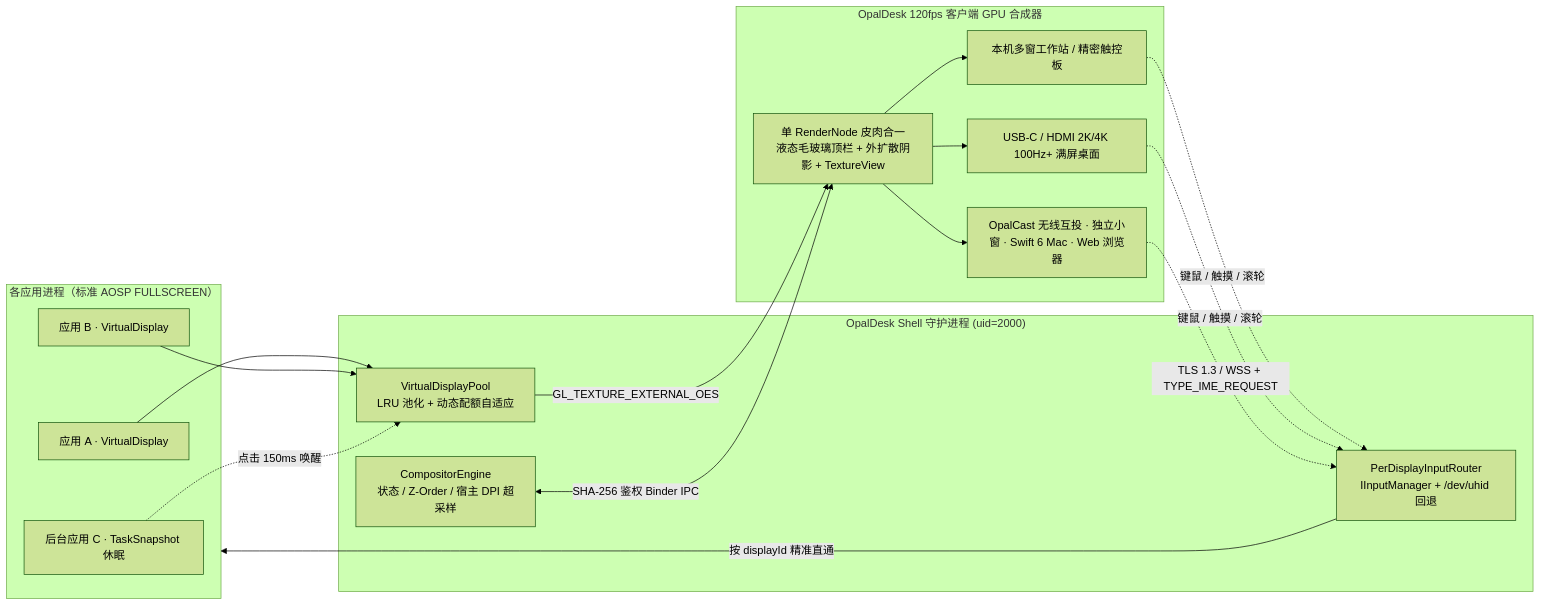
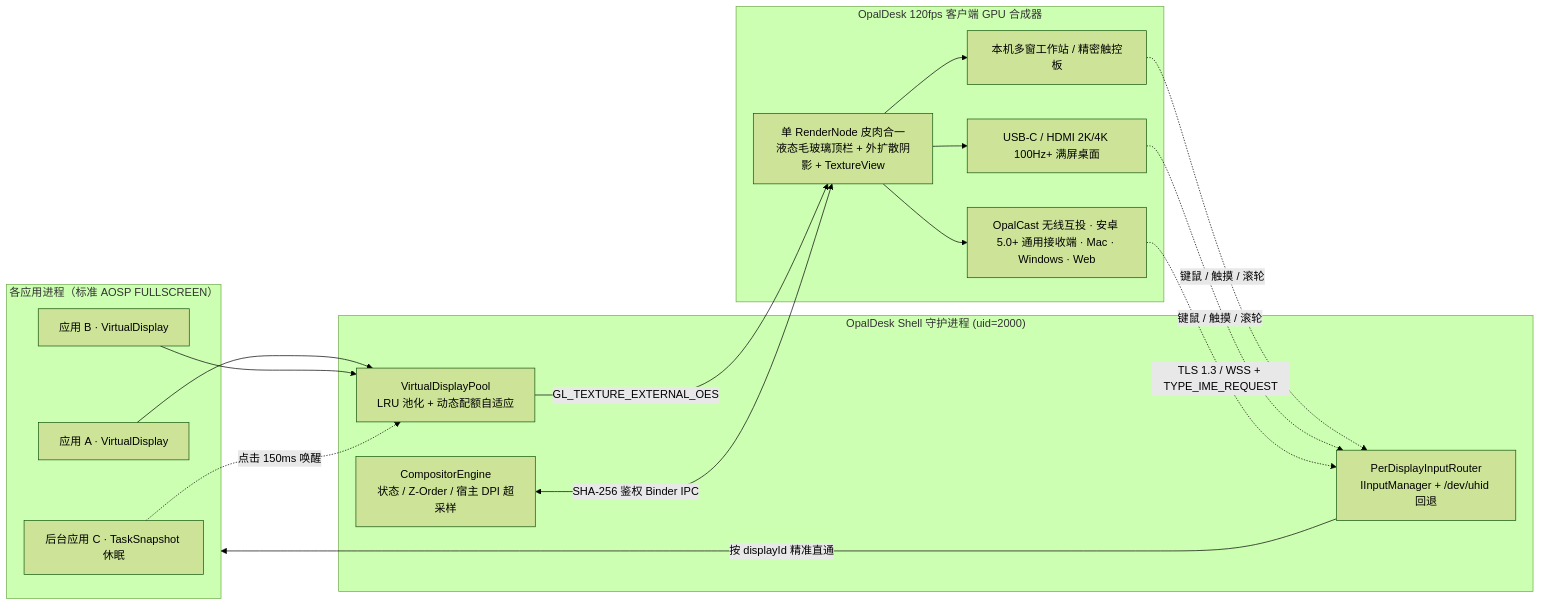
The diagram in README.md (lengsukq/OpalDesk), drawn with Mermaid (forest theme) before and after one commit. The commit also changed other lines of this file and 48 other files, not shown here.

Commit message:
feat(receiver): add standalone OpalCast 32/64-bit Android 5.0+ cast receiver and CI pipeline

````diff
--- a/README.md
+++ b/README.md
@@ -82,34 +82,34 @@
 ```mermaid
 flowchart LR
     subgraph Apps["各应用进程（标准 AOSP FULLSCREEN）"]
         A1["应用 A · VirtualDisplay"]
         A2["应用 B · VirtualDisplay"]
         A3["后台应用 C · TaskSnapshot 休眠"]
     end
 
     subgraph Daemon["OpalDesk Shell 守护进程 (uid=2000)"]
         Pool["VirtualDisplayPool\nLRU 池化 + 动态配额自适应"]
         Engine["CompositorEngine\n状态 / Z-Order / 宿主 DPI 超采样"]
         Input["PerDisplayInputRouter\nIInputManager + /dev/uhid 回退"]
     end
 
     subgraph Client["OpalDesk 120fps 客户端 GPU 合成器"]
         RN["单 RenderNode 皮肉合一\n液态毛玻璃顶栏 + 外扩散阴影 + TextureView"]
         Out0["本机多窗工作站 / 精密触控板"]
         OutExt["USB-C / HDMI 2K/4K 100Hz+ 满屏桌面"]
-        OutCast["OpalCast 无线互投 · 独立小窗 · Swift 6 Mac · Web 浏览器"]
+        OutCast["OpalCast 无线互投 · 安卓 5.0+ 通用接收端 · Mac · Windows · Web"]
     end
 
     A1 --> Pool
     A2 --> Pool
     A3 -.->|"点击 150ms 唤醒"| Pool
     Pool -->|"GL_TEXTURE_EXTERNAL_OES"| RN
     Engine <-->|"SHA-256 鉴权 Binder IPC"| RN
     RN --> Out0
     RN --> OutExt
     RN --> OutCast
     Out0 -.->|"键鼠 / 触摸 / 滚轮"| Input
     OutExt -.->|"键鼠 / 触摸 / 滚轮"| Input
     OutCast -.->|"TLS 1.3 / WSS + TYPE_IME_REQUEST"| Input
     Input -->|"按 displayId 精准直通"| Apps
 ```
````
